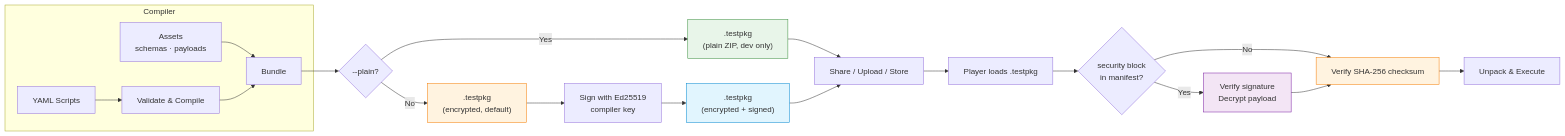
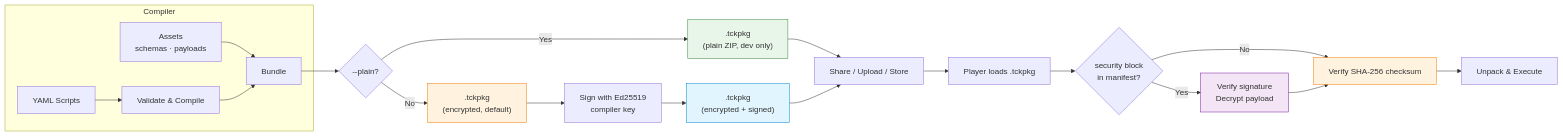
Before and after one commit to tudorfrincu1/tractusx-testlab: the first of 4 diagrams in docs/specification/reference/package-format.md, drawn with Mermaid. The commit also changed other lines of this file and 144 other files, not shown here.

````diff
--- a/docs/specification/reference/package-format.md
+++ b/docs/specification/reference/package-format.md
@@ -33,30 +33,30 @@
 ```mermaid
 flowchart LR
     subgraph Compiler
         A[YAML Scripts] --> B[Validate & Compile]
         C[Assets<br/>schemas · payloads] --> D[Bundle]
         B --> D
     end
 
     D --> MODE{--plain?}
-    MODE -->|Yes| PLAIN[".testpkg<br/>(plain ZIP, dev only)"]
-    MODE -->|No| ENC[".testpkg<br/>(encrypted, default)"]
+    MODE -->|Yes| PLAIN[".tckpkg<br/>(plain ZIP, dev only)"]
+    MODE -->|No| ENC[".tckpkg<br/>(encrypted, default)"]
 
     ENC --> SIGN[Sign with Ed25519<br/>compiler key]
-    SIGN --> E[".testpkg<br/>(encrypted + signed)"]
+    SIGN --> E[".tckpkg<br/>(encrypted + signed)"]
 
     PLAIN --> F[Share / Upload / Store]
     E --> F
-    F --> G[Player loads .testpkg]
+    F --> G[Player loads .tckpkg]
     G --> DETECT{security block<br/>in manifest?}
     DETECT -->|No| H[Verify SHA-256 checksum]
     DETECT -->|Yes| DEC[Verify signature<br/>Decrypt payload]
     DEC --> H
     H --> I[Unpack & Execute]
 
     style PLAIN fill:#e8f5e9,stroke:#388e3c
     style E fill:#e1f5fe,stroke:#0288d1
     style ENC fill:#fff3e0,stroke:#f57c00
     style H fill:#fff3e0,stroke:#f57c00
     style DEC fill:#f3e5f5,stroke:#7b1fa2
 ```
````
